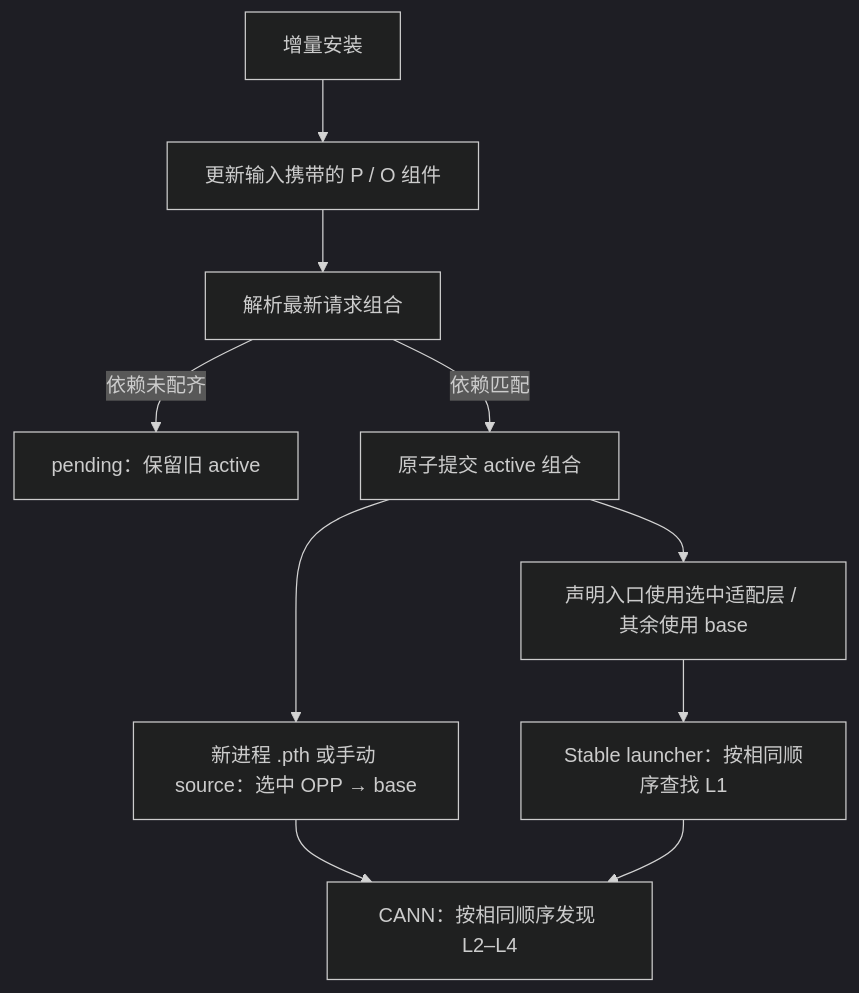
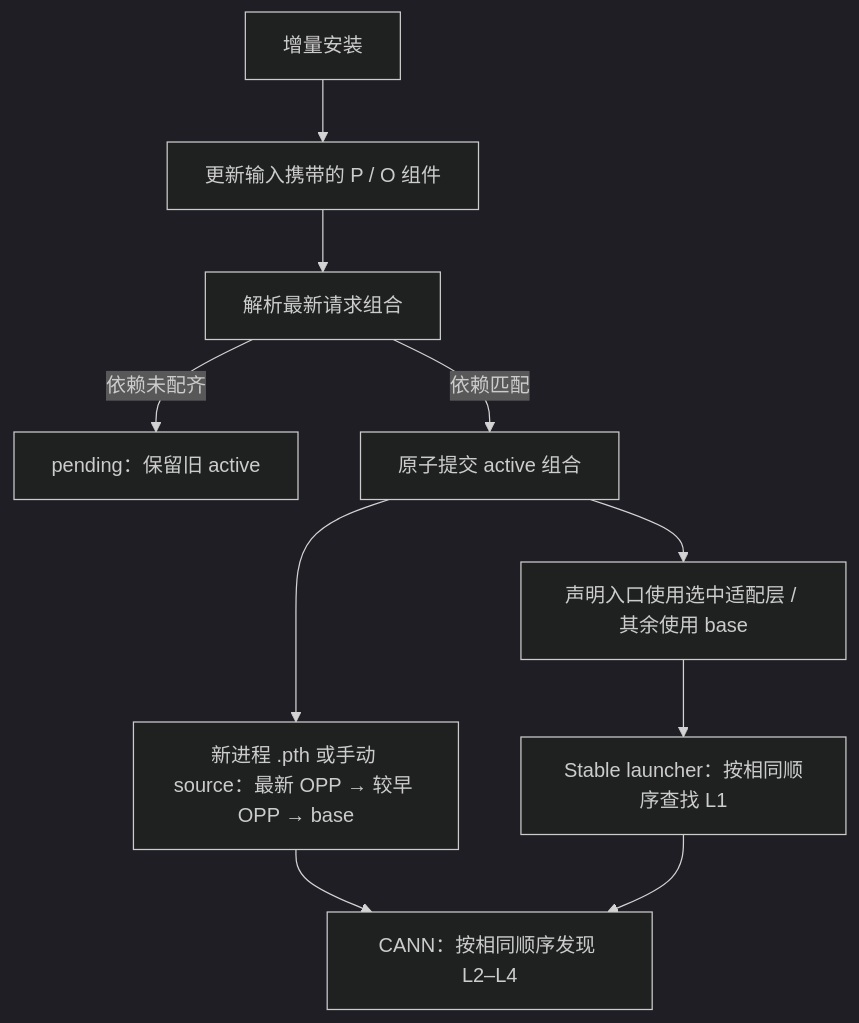
One commit to flashserve/flash-linear-attention-npu changed the diagram in docs/OPP叠加层增量设计.md. Above: the diagram before and after it, drawn with Mermaid (dark theme). The commit also changed other lines of this file and 8 other files, not shown here.

````diff
--- a/docs/OPP叠加层增量设计.md
+++ b/docs/OPP叠加层增量设计.md
@@ -49,12 +50,12 @@
 ```mermaid
 flowchart TD
     I[增量安装] --> P[更新输入携带的 P / O 组件]
     P --> R[解析最新请求组合]
     R -->|依赖未配齐| Q[pending：保留旧 active]
     R -->|依赖匹配| A[原子提交 active 组合]
-    A --> E[新进程 .pth 或手动 source：选中 OPP → base]
+    A --> E[新进程 .pth 或手动 source：最新 OPP → 较早 OPP → base]
     A --> W[声明入口使用选中适配层 / 其余使用 base]
     E --> C[CANN：按相同顺序发现 L2–L4]
     W --> H[Stable launcher：按相同顺序查找 L1]
     H --> C
 ```
````
